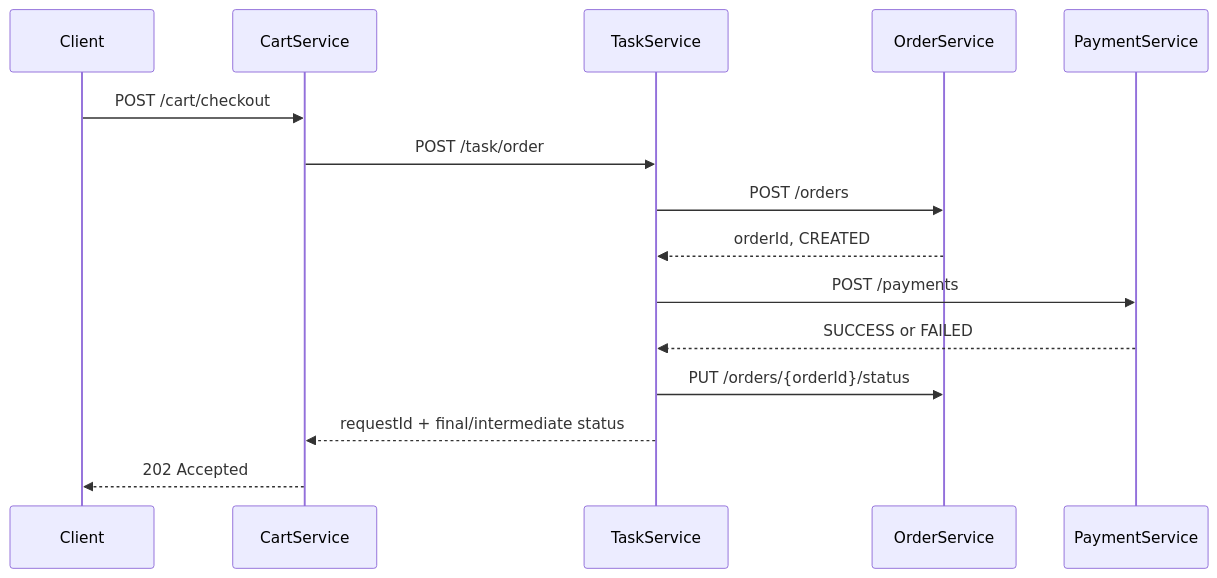
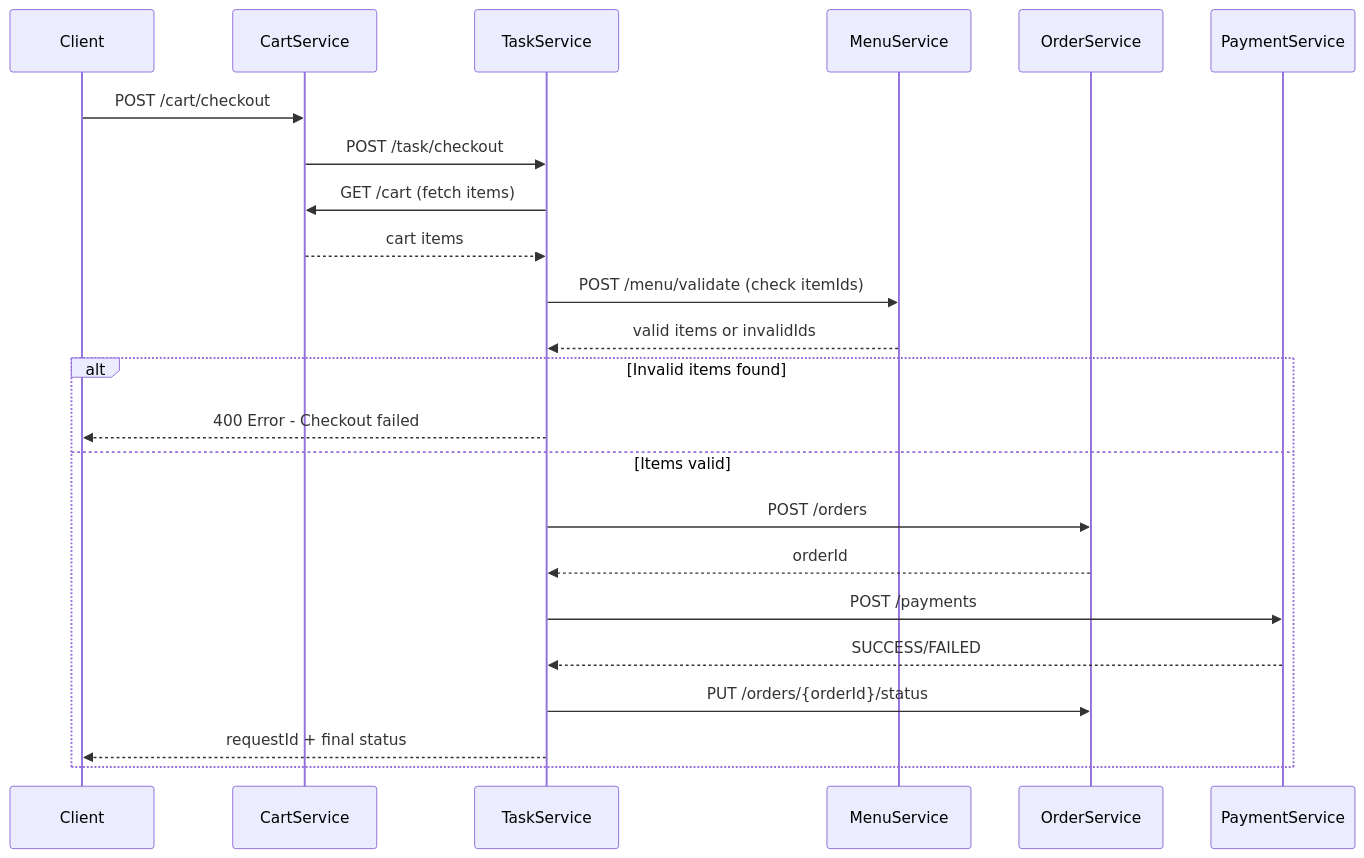
Before and after one commit to Dung1409/mid---proj: the second of 3 diagrams in docs/analysis-and-design.md, drawn with Mermaid. The commit also changed other lines of this file and 19 other files, not shown here.

Commit message:
menu validate data + update docs

````diff
--- a/docs/analysis-and-design.md
+++ b/docs/analysis-and-design.md
@@ -106,18 +145,26 @@
 ```mermaid
 sequenceDiagram
     participant Client
     participant CartService
     participant TaskService
+    participant MenuService
     participant OrderService
     participant PaymentService
 
     Client->>CartService: POST /cart/checkout
-    CartService->>TaskService: POST /task/order
-    TaskService->>OrderService: POST /orders
-    OrderService-->>TaskService: orderId, CREATED
-    TaskService->>PaymentService: POST /payments
-    PaymentService-->>TaskService: SUCCESS or FAILED
-    TaskService->>OrderService: PUT /orders/{orderId}/status
-    TaskService-->>CartService: requestId + final/intermediate status
-    CartService-->>Client: 202 Accepted
+    CartService->>TaskService: POST /task/checkout
+    TaskService->>CartService: GET /cart (fetch items)
+    CartService-->>TaskService: cart items
+    TaskService->>MenuService: POST /menu/validate (check itemIds)
+    MenuService-->>TaskService: valid items or invalidIds
+    alt Invalid items found
+        TaskService-->>Client: 400 Error - Checkout failed
+    else Items valid
+        TaskService->>OrderService: POST /orders
+        OrderService-->>TaskService: orderId
+        TaskService->>PaymentService: POST /payments
+        PaymentService-->>TaskService: SUCCESS/FAILED
+        TaskService->>OrderService: PUT /orders/{orderId}/status
+        TaskService-->>Client: requestId + final status
+    end
 ```
````
